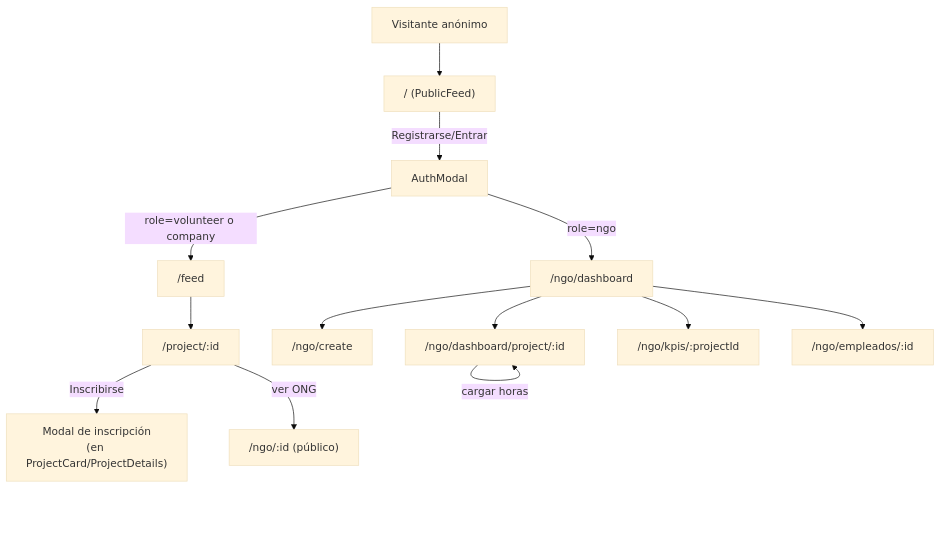
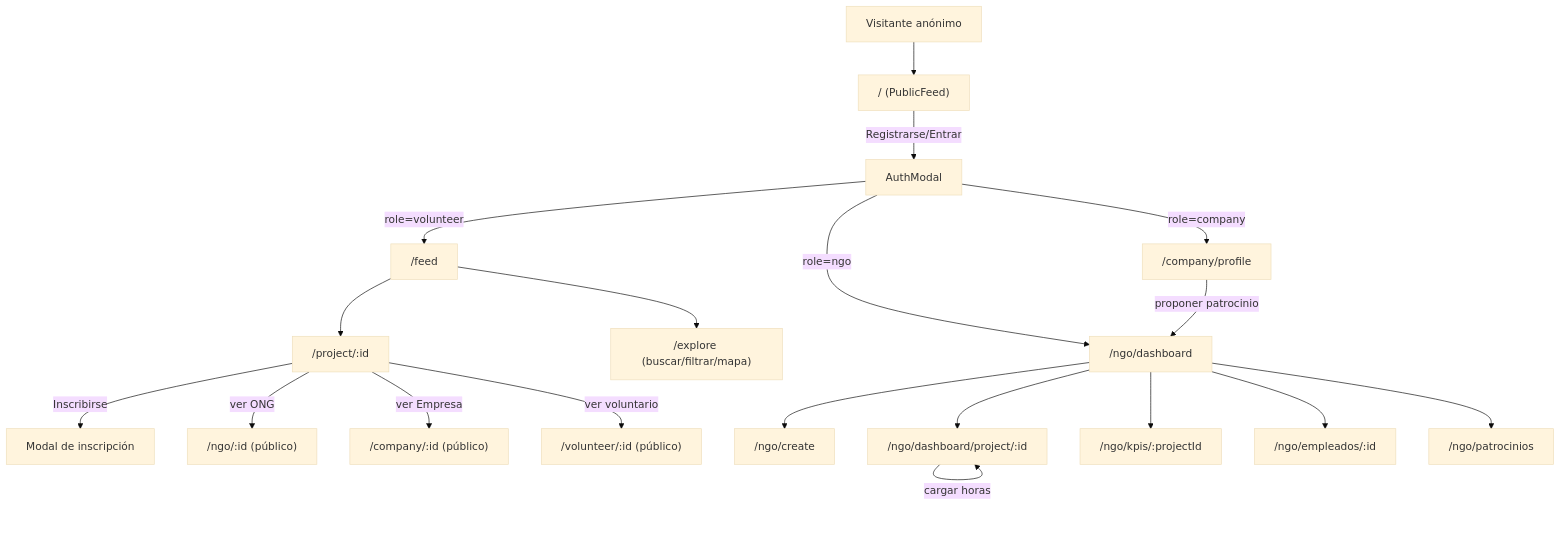
One commit to SantiagoPlanasM/voluntariar-PF changed the diagram in docs/FRONTEND_CONTEXT.md. Above: the diagram before and after it, drawn with Mermaid (base theme). The commit also changed other lines of this file and 16 other files, not shown here.

````diff
--- a/docs/FRONTEND_CONTEXT.md
+++ b/docs/FRONTEND_CONTEXT.md
@@ -188,18 +215,25 @@
 ```mermaid
 flowchart TD
     Start["Visitante anónimo"] --> PF["/ (PublicFeed)"]
     PF -->|Registrarse/Entrar| Modal["AuthModal"]
-    Modal -->|role=volunteer o company| MF["/feed"]
+    Modal -->|role=volunteer| MF["/feed"]
     Modal -->|role=ngo| ND["/ngo/dashboard"]
+    Modal -->|role=company| CP["/company/profile"]
 
     MF --> PD["/project/:id"]
-    PD -->|Inscribirse| EnrollModal["Modal de inscripción<br/>(en ProjectCard/ProjectDetails)"]
+    MF --> EX["/explore (buscar/filtrar/mapa)"]
+    PD -->|Inscribirse| EnrollModal["Modal de inscripción"]
     PD -->|ver ONG| NPP["/ngo/:id (público)"]
+    PD -->|ver Empresa| CPP["/company/:id (público)"]
+    PD -->|ver voluntario| VPP["/volunteer/:id (público)"]
 
     ND --> CV["/ngo/create"]
     ND --> NPD["/ngo/dashboard/project/:id"]
     NPD -->|aprobar/rechazar inscriptos| NPD
     NPD -->|cargar horas| NPD
     ND --> NKPI["/ngo/kpis/:projectId"]
     ND --> NEmp["/ngo/empleados/:id"]
+    ND --> NPat["/ngo/patrocinios"]
+
+    CP -->|proponer patrocinio| ND
 ```
````
